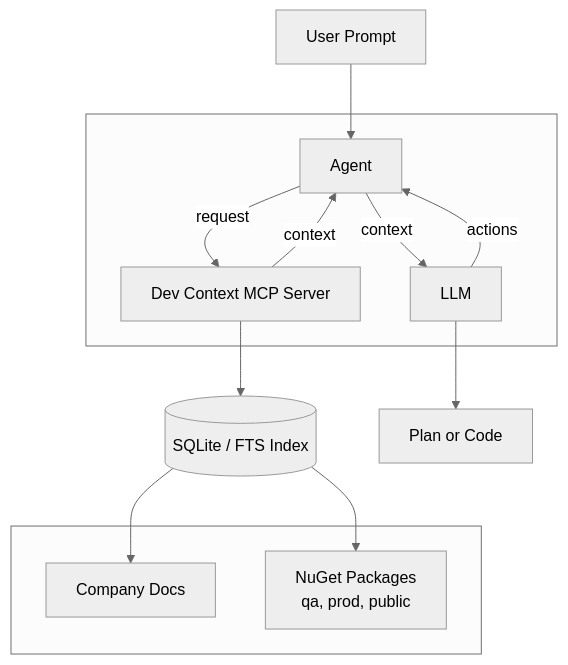
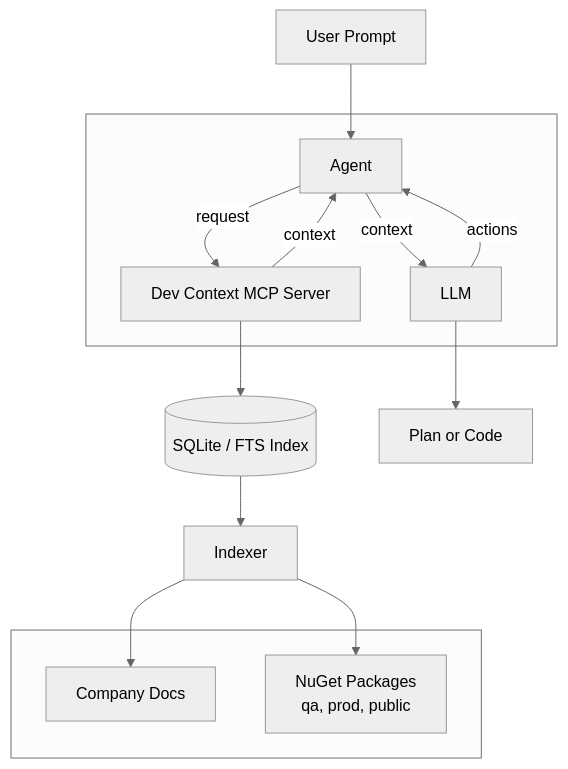
Before and after one commit to iJustHelp/dev-context-mcp-server: the second of 2 diagrams in design/presentaion.md, drawn with Mermaid (neutral theme). The commit also changed other lines of this file and 1 other file, not shown here.

````diff
--- a/design/presentaion.md
+++ b/design/presentaion.md
@@ -50,24 +50,27 @@
 ```mermaid
 flowchart TD
     U[User Prompt] --> AGENT[Agent]
 
     subgraph Loop[" "]
         AGENT --> |context| LLM[LLM]
         AGENT --> |request| MCP[Dev Context MCP Server]
     end
     
     DB[(SQLite / FTS Index)]
+    I[Indexer]
+
+    DB --> I
 
     subgraph Internal[" "]
         MD[Company Docs]
         PKG[NuGet Packages <br> qa, prod, public]
     end
 
     MCP --> DB
-    DB --> MD
-    DB --> PKG
+    I --> MD
+    I --> PKG
 
     LLM --> |actions|AGENT
     MCP --> |context| AGENT
     LLM --> RESULT[Plan or Code]
 ```
````
